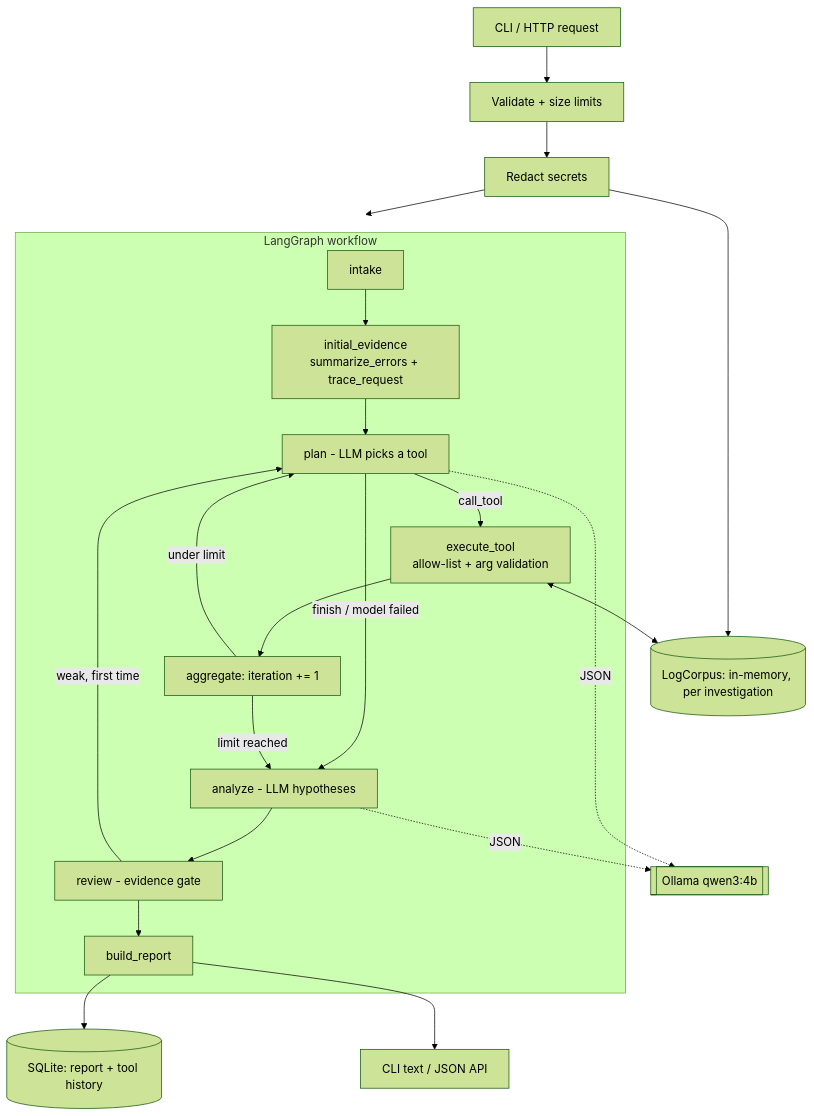
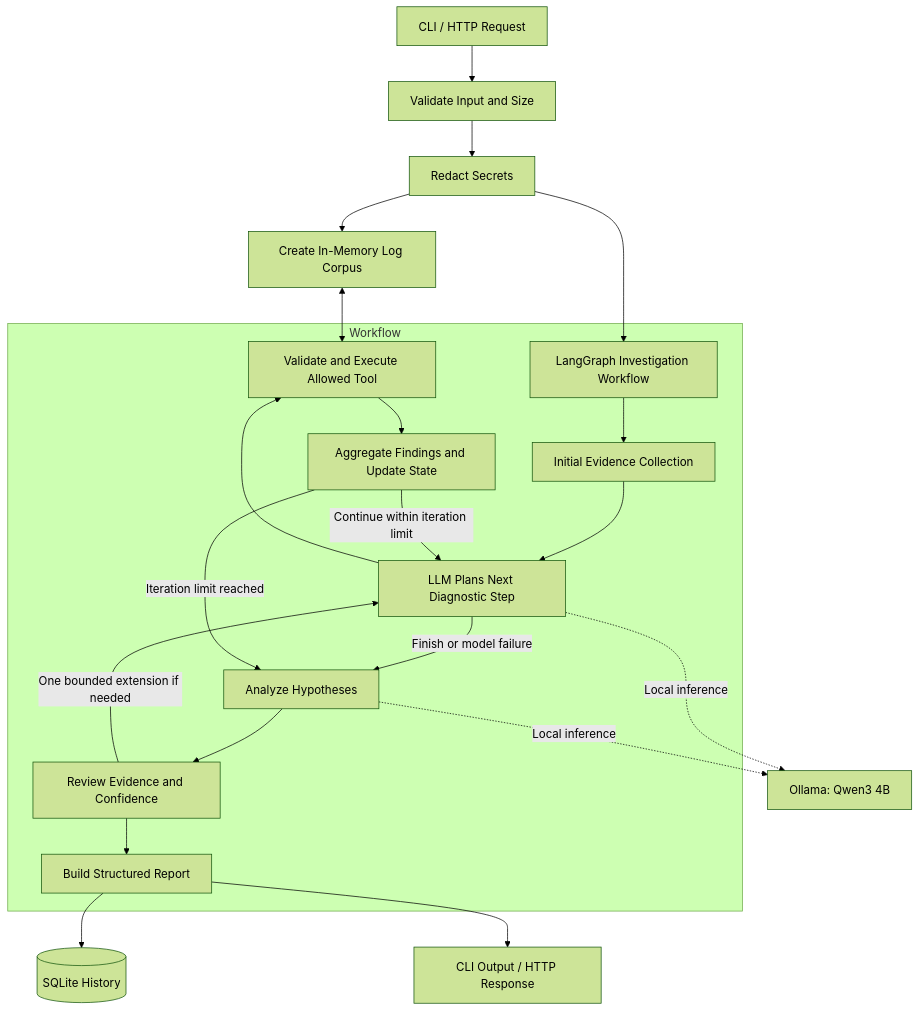
Before and after one commit to dhyey-netizen/sentinel-ai: the diagram in README.md, drawn with Mermaid (forest theme). The commit also changed other lines of this file, not shown here.

````diff
--- a/README.md
+++ b/README.md
@@ -39,24 +66,26 @@
 ```mermaid
 flowchart TD
-    A[CLI / HTTP request] --> B[Validate + size limits]
-    B --> C[Redact secrets]
-    C --> D[(LogCorpus: in-memory, per investigation)]
-    C --> G
-    subgraph G[LangGraph workflow]
-        I[intake] --> E[initial_evidence<br/>summarize_errors + trace_request]
-        E --> P[plan - LLM picks a tool]
-        P -->|call_tool| X[execute_tool<br/>allow-list + arg validation]
-        X --> AG[aggregate: iteration += 1]
-        AG -->|under limit| P
-        P -->|finish / model failed| AN
-        AG -->|limit reached| AN[analyze - LLM hypotheses]
-        AN --> R[review - evidence gate]
-        R -->|weak, first time| P
-        R --> RP[build_report]
+    A[CLI / HTTP Request] --> B[Validate Input and Size]
+    B --> C[Redact Secrets]
+    C --> D[Create In-Memory Log Corpus]
+    C --> E[LangGraph Investigation Workflow]
+
+    subgraph Workflow
+        E --> F[Initial Evidence Collection]
+        F --> G[LLM Plans Next Diagnostic Step]
+        G --> H[Validate and Execute Allowed Tool]
+        H --> I[Aggregate Findings and Update State]
+        I -->|Continue within iteration limit| G
+        G -->|Finish or model failure| J[Analyze Hypotheses]
+        I -->|Iteration limit reached| J
+        J --> K[Review Evidence and Confidence]
+        K -->|One bounded extension if needed| G
+        K --> L[Build Structured Report]
     end
-    X <--> D
-    RP --> S[(SQLite: report + tool history)]
-    RP --> O[CLI text / JSON API]
-    P -. JSON .-> L[[Ollama qwen3:4b]]
-    AN -. JSON .-> L
+
+    D <--> H
+    G -. Local inference .-> M[Ollama: Qwen3 4B]
+    J -. Local inference .-> M
+    L --> N[(SQLite History)]
+    L --> O[CLI Output / HTTP Response]
 ```
````
